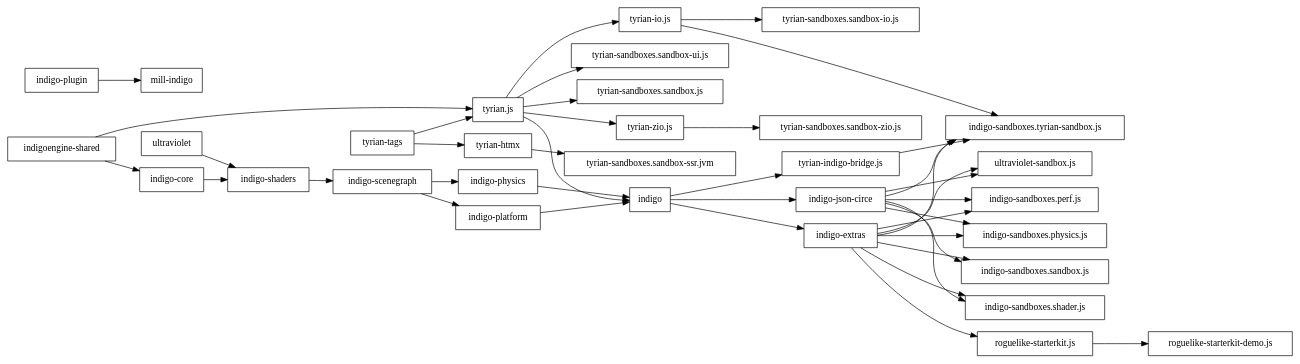
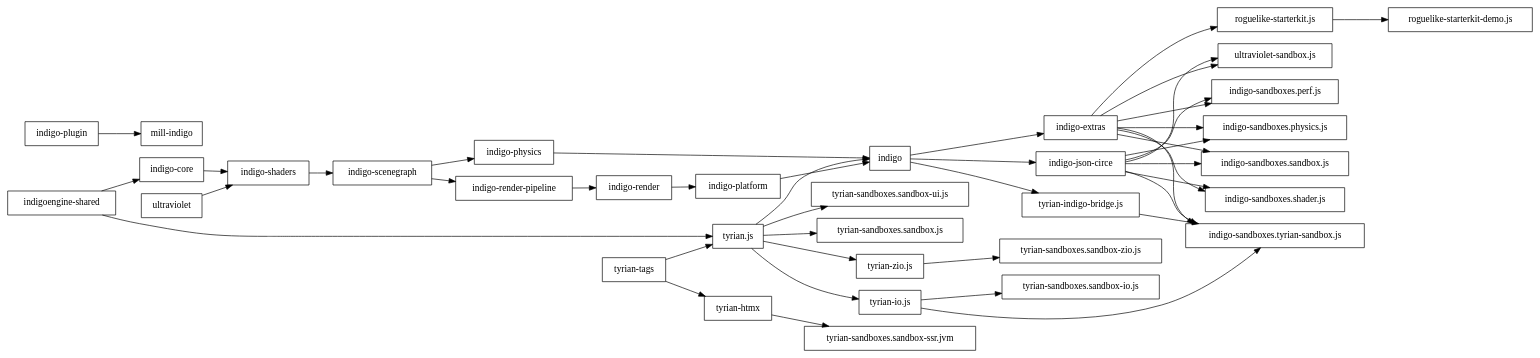
One commit to PurpleKingdomGames/indigoengine changed the diagram in diagrams/indigoengine.dot. Above: the diagram before and after it, drawn with Graphviz. The commit also changed 78 other files, not shown here.

```diff
--- a/diagrams/indigoengine.dot
+++ b/diagrams/indigoengine.dot
@@ -1,73 +1,77 @@
 digraph "module-deps" {
   graph ["rankdir"="LR"]
   "indigo" ["style"="solid","shape"="box"]
   "indigo-core" ["style"="solid","shape"="box"]
   "indigo-extras" ["style"="solid","shape"="box"]
   "indigo-json-circe" ["style"="solid","shape"="box"]
   "indigo-physics" ["style"="solid","shape"="box"]
   "indigo-platform" ["style"="solid","shape"="box"]
   "indigo-plugin" ["style"="solid","shape"="box"]
+  "indigo-render" ["style"="solid","shape"="box"]
+  "indigo-render-pipeline" ["style"="solid","shape"="box"]
   "indigo-sandboxes.perf.js" ["style"="solid","shape"="box"]
   "indigo-sandboxes.physics.js" ["style"="solid","shape"="box"]
   "indigo-sandboxes.sandbox.js" ["style"="solid","shape"="box"]
   "indigo-sandboxes.shader.js" ["style"="solid","shape"="box"]
   "indigo-sandboxes.tyrian-sandbox.js" ["style"="solid","shape"="box"]
   "indigo-scenegraph" ["style"="solid","shape"="box"]
   "indigo-shaders" ["style"="solid","shape"="box"]
   "indigoengine-shared" ["style"="solid","shape"="box"]
   "mill-indigo" ["style"="solid","shape"="box"]
   "roguelike-starterkit-demo.js" ["style"="solid","shape"="box"]
   "roguelike-starterkit.js" ["style"="solid","shape"="box"]
   "tyrian-htmx" ["style"="solid","shape"="box"]
   "tyrian-indigo-bridge.js" ["style"="solid","shape"="box"]
   "tyrian-io.js" ["style"="solid","shape"="box"]
   "tyrian-sandboxes.sandbox-io.js" ["style"="solid","shape"="box"]
   "tyrian-sandboxes.sandbox-ssr.jvm" ["style"="solid","shape"="box"]
   "tyrian-sandboxes.sandbox-ui.js" ["style"="solid","shape"="box"]
   "tyrian-sandboxes.sandbox-zio.js" ["style"="solid","shape"="box"]
   "tyrian-sandboxes.sandbox.js" ["style"="solid","shape"="box"]
   "tyrian-tags" ["style"="solid","shape"="box"]
   "tyrian-zio.js" ["style"="solid","shape"="box"]
   "tyrian.js" ["style"="solid","shape"="box"]
   "ultraviolet" ["style"="solid","shape"="box"]
   "ultraviolet-sandbox.js" ["style"="solid","shape"="box"]
   "indigo" -> "indigo-extras"
   "indigo" -> "indigo-json-circe"
   "indigo" -> "tyrian-indigo-bridge.js"
   "indigo-core" -> "indigo-shaders"
   "indigo-extras" -> "indigo-sandboxes.perf.js"
   "indigo-extras" -> "indigo-sandboxes.physics.js"
   "indigo-extras" -> "indigo-sandboxes.sandbox.js"
   "indigo-extras" -> "indigo-sandboxes.shader.js"
   "indigo-extras" -> "indigo-sandboxes.tyrian-sandbox.js"
   "indigo-extras" -> "roguelike-starterkit.js"
   "indigo-extras" -> "ultraviolet-sandbox.js"
   "indigo-json-circe" -> "indigo-sandboxes.perf.js"
   "indigo-json-circe" -> "indigo-sandboxes.physics.js"
   "indigo-json-circe" -> "indigo-sandboxes.sandbox.js"
   "indigo-json-circe" -> "indigo-sandboxes.shader.js"
   "indigo-json-circe" -> "indigo-sandboxes.tyrian-sandbox.js"
   "indigo-json-circe" -> "ultraviolet-sandbox.js"
   "indigo-physics" -> "indigo"
   "indigo-platform" -> "indigo"
   "indigo-plugin" -> "mill-indigo"
+  "indigo-render" -> "indigo-platform"
+  "indigo-render-pipeline" -> "indigo-render"
   "indigo-scenegraph" -> "indigo-physics"
-  "indigo-scenegraph" -> "indigo-platform"
+  "indigo-scenegraph" -> "indigo-render-pipeline"
   "indigo-shaders" -> "indigo-scenegraph"
   "indigoengine-shared" -> "indigo-core"
   "indigoengine-shared" -> "tyrian.js"
   "roguelike-starterkit.js" -> "roguelike-starterkit-demo.js"
   "tyrian-htmx" -> "tyrian-sandboxes.sandbox-ssr.jvm"
   "tyrian-indigo-bridge.js" -> "indigo-sandboxes.tyrian-sandbox.js"
   "tyrian-io.js" -> "indigo-sandboxes.tyrian-sandbox.js"
   "tyrian-io.js" -> "tyrian-sandboxes.sandbox-io.js"
   "tyrian-tags" -> "tyrian-htmx"
   "tyrian-tags" -> "tyrian.js"
   "tyrian-zio.js" -> "tyrian-sandboxes.sandbox-zio.js"
   "tyrian.js" -> "indigo"
   "tyrian.js" -> "tyrian-io.js"
   "tyrian.js" -> "tyrian-sandboxes.sandbox-ui.js"
   "tyrian.js" -> "tyrian-sandboxes.sandbox.js"
   "tyrian.js" -> "tyrian-zio.js"
   "ultraviolet" -> "indigo-shaders"
 }
```
